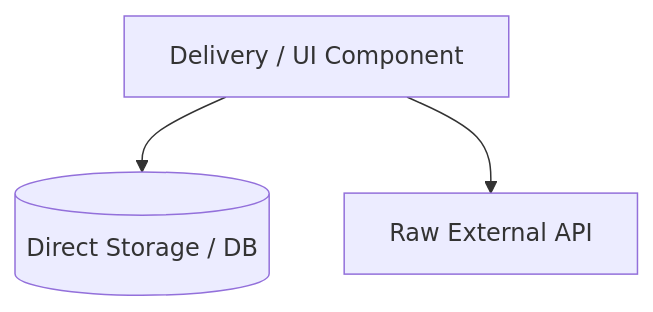
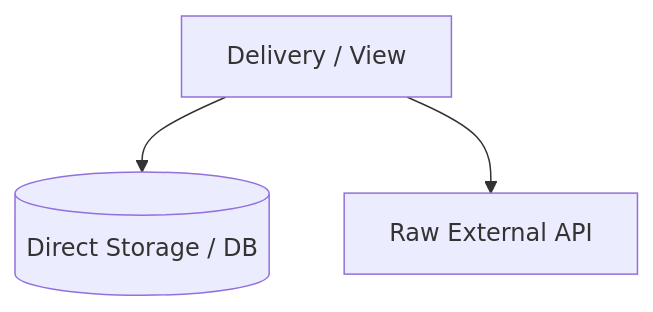
The first of 2 diagrams in skills/deforestation/SPEC-TEMPLATE.md (mcmxciillan/code-gardening), drawn with Mermaid before and after one commit. The commit also changed other lines of this file and 10 other files, not shown here.

Commit message:
refactor(skills): sharpen context pointers, extract PILLARS/DASHBOARD references, and fix subagent execution flows

````diff
--- a/skills/deforestation/SPEC-TEMPLATE.md
+++ b/skills/deforestation/SPEC-TEMPLATE.md
@@ -23,6 +26,5 @@
 ```mermaid
 graph TD
-    %% Diagram illustrating current tightly coupled / shallow state
-    Caller[Delivery / UI Component] --> Storage[(Direct Storage / DB)]
-    Caller --> External[Raw External API]
+    Caller["Delivery / View"] --> Storage[("Direct Storage / DB")]
+    Caller --> External["Raw External API"]
 ```
````
